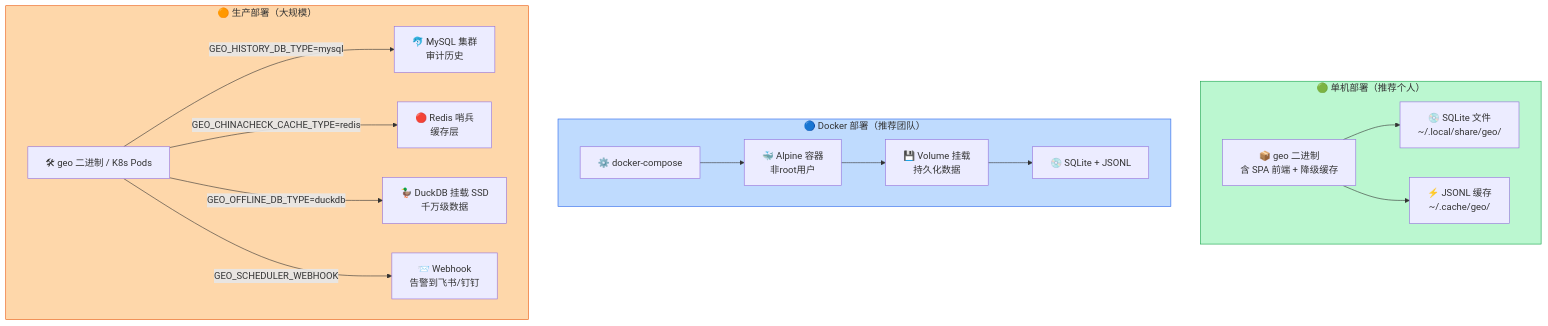
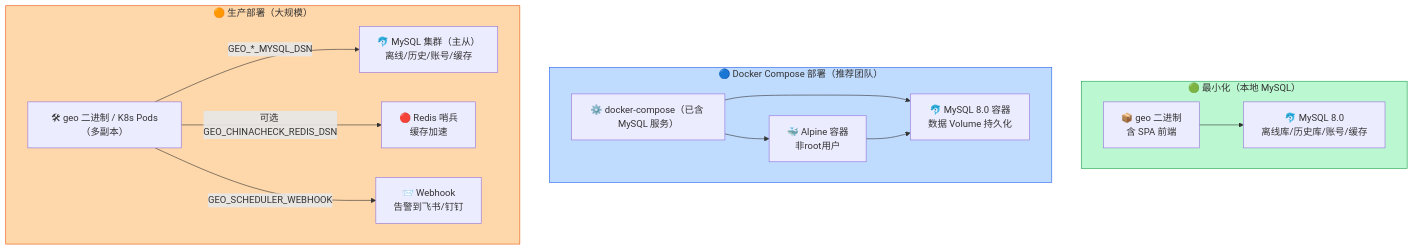
Diagram 30 of 31 in docs/architecture.md (deep2code/geo), drawn with Mermaid before and after one commit. The commit also changed other lines of this file and 26 other files, not shown here.

First line of the commit message:
refactor!: 移除 SQLite/JSONL/DuckDB，所有数据层统一使用 MySQL 8.0

````diff
--- a/docs/architecture.md
+++ b/docs/architecture.md
@@ -828,29 +824,27 @@
 ```mermaid
 graph TB
-    subgraph 单机["🟢 单机部署（推荐个人）"]
+    subgraph 最小化["🟢 最小化（本地 MySQL）"]
         direction LR
-        BIN["📦 geo 二进制<br/>含 SPA 前端 + 降级缓存"]
-        BIN --> SQL["💿 SQLite 文件<br/>~/.local/share/geo/"]
-        BIN --> JL["⚡ JSONL 缓存<br/>~/.cache/geo/"]
+        BIN["📦 geo 二进制<br/>含 SPA 前端"]
+        BIN --> MY8["🐬 MySQL 8.0<br/>离线库/历史库/账号/缓存"]
     end
 
-    subgraph Docker["🔵 Docker 部署（推荐团队）"]
-        DC["⚙️ docker-compose"]
+    subgraph Docker["🔵 Docker Compose 部署（推荐团队）"]
+        DC["⚙️ docker-compose（已含 MySQL 服务）"]
         DC --> C["🐳 Alpine 容器<br/>非root用户"]
-        C --> V["💾 Volume 挂载<br/>持久化数据"]
-        V --> SQL2["💿 SQLite + JSONL"]
+        DC --> MY["🐬 MySQL 8.0 容器<br/>数据 Volume 持久化"]
+        C --> MY
     end
 
     subgraph 生产["🟠 生产部署（大规模）"]
         direction LR
-        BIN2["🛠 geo 二进制 / K8s Pods"]
-        BIN2 --"GEO_HISTORY_DB_TYPE=mysql"--> MYSQL["🐬 MySQL 集群<br/>审计历史"]
-        BIN2 --"GEO_CHINACHECK_CACHE_TYPE=redis"--> REDIS["🔴 Redis 哨兵<br/>缓存层"]
-        BIN2 --"GEO_OFFLINE_DB_TYPE=duckdb"--> DUCK["🦆 DuckDB 挂载 SSD<br/>千万级数据"]
+        BIN2["🛠 geo 二进制 / K8s Pods（多副本）"]
+        BIN2 --"GEO_*_MYSQL_DSN"--> MYC["🐬 MySQL 集群（主从）<br/>离线/历史/账号/缓存"]
+        BIN2 --"可选 GEO_CHINACHECK_REDIS_DSN"--> REDIS["🔴 Redis 哨兵<br/>缓存加速"]
         BIN2 --"GEO_SCHEDULER_WEBHOOK"--> WEB["📨 Webhook<br/>告警到飞书/钉钉"]
     end
 
-    style 单机 fill:#bbf7d0,stroke:#16a34a
+    style 最小化 fill:#bbf7d0,stroke:#16a34a
     style Docker fill:#bfdbfe,stroke:#2563eb
     style 生产 fill:#fed7aa,stroke:#ea580c
 ```
````
